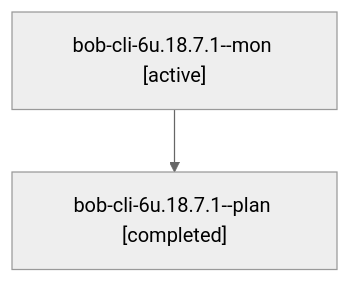
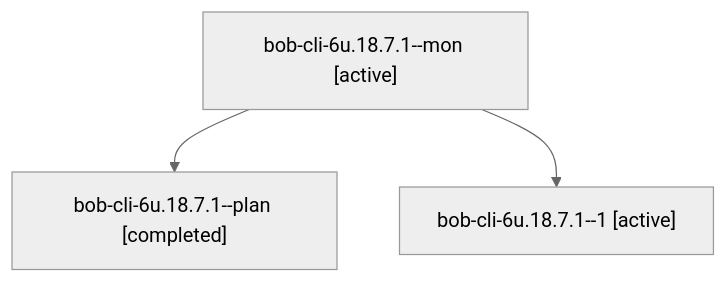
The diagram in sessions/bbugyi200.apollo.bob-cli-6u.18.7.1.md (bobs-org/bob-cli--agents), drawn with Mermaid (neutral theme) before and after one commit. The commit also changed other lines of this file and 77 other files, not shown here.

````diff
--- a/sessions/bbugyi200.apollo.bob-cli-6u.18.7.1.md
+++ b/sessions/bbugyi200.apollo.bob-cli-6u.18.7.1.md
@@ -9,6 +9,8 @@
 ```mermaid
 flowchart TD
   n0["bob-cli-6u.18.7.1--mon [active]"]
   n1["bob-cli-6u.18.7.1--plan [completed]"]
   n0 --> n1
+  n2["bob-cli-6u.18.7.1--1 [active]"]
+  n0 --> n2
 ```
````
